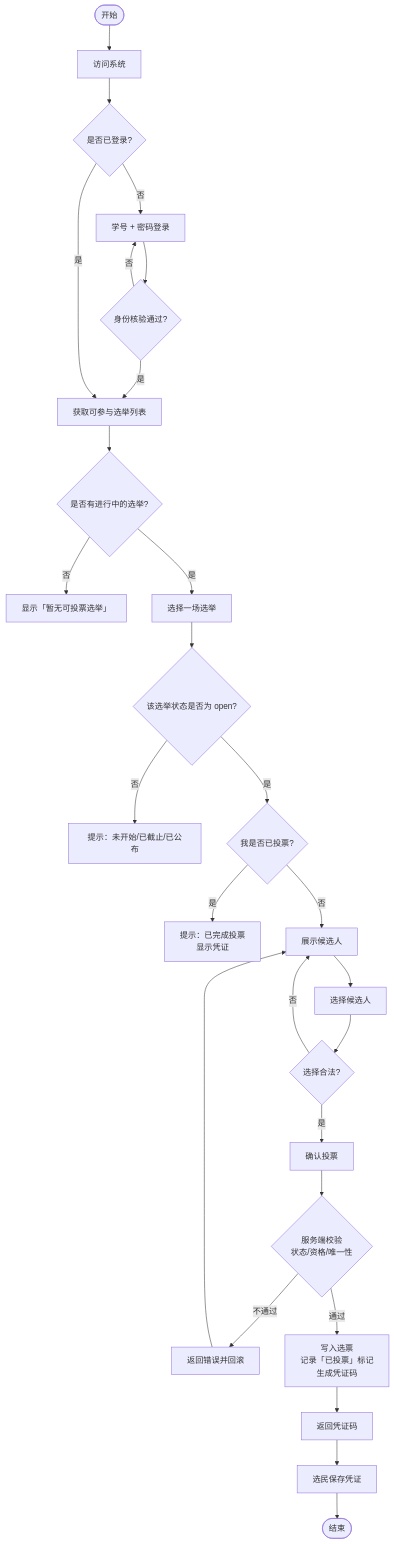
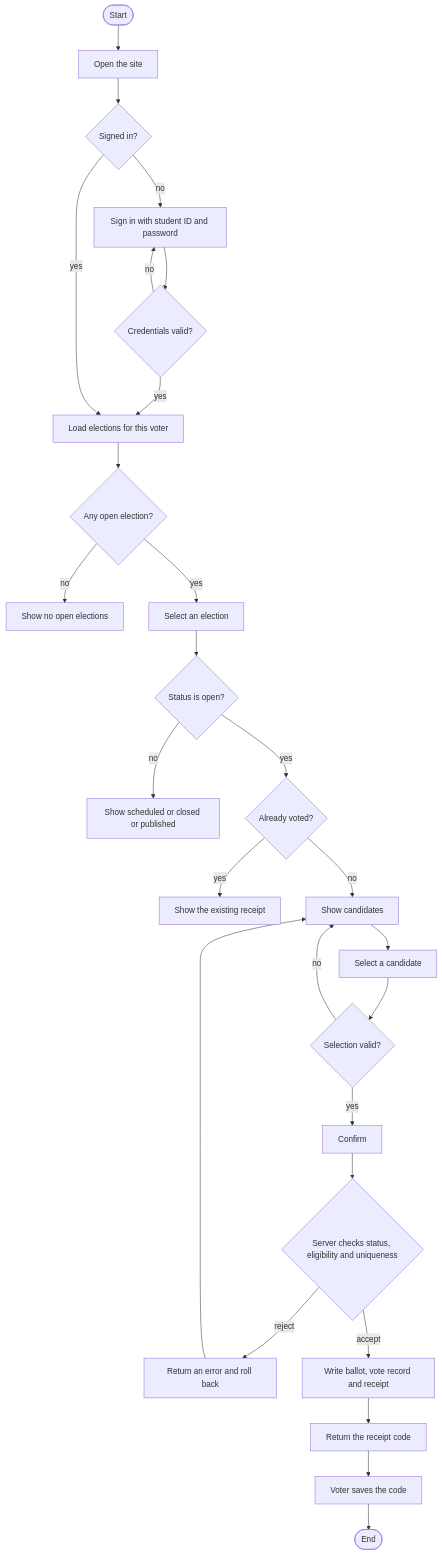
One commit to David-echo/COMP3500_group_project changed the second of 6 diagrams in docs/01-project-plan.md. Above: the diagram before and after it, drawn with Mermaid. The commit also changed other lines of this file and 82 other files, not shown here.

First line of the commit message:
docs: translate the repository to English and re-render all diagrams

````diff
--- a/docs/01-project-plan.md
+++ b/docs/01-project-plan.md
@@ -54,29 +54,29 @@
 ```mermaid
 flowchart TD
-    A([开始]) --> B[访问系统]
-    B --> C{是否已登录?}
-    C -->|否| D[学号 + 密码登录]
-    D --> E{身份核验通过?}
-    E -->|否| D
-    E -->|是| F[获取可参与选举列表]
-    C -->|是| F
-    F --> G{是否有进行中的选举?}
-    G -->|否| H[显示「暂无可投票选举」]
-    G -->|是| I[选择一场选举]
-    I --> J{该选举状态是否为 open?}
-    J -->|否| K[提示：未开始/已截止/已公布]
-    J -->|是| L{我是否已投票?}
-    L -->|是| M[提示：已完成投票<br/>显示凭证]
-    L -->|否| N[展示候选人]
-    N --> O[选择候选人]
-    O --> P{选择合法?}
-    P -->|否| N
-    P -->|是| Q[确认投票]
-    Q --> R{服务端校验<br/>状态/资格/唯一性}
-    R -->|不通过| S[返回错误并回滚]
+    A([Start]) --> B[Open the site]
+    B --> C{Signed in?}
+    C -->|no| D[Sign in with student ID and password]
+    D --> E{Credentials valid?}
+    E -->|no| D
+    E -->|yes| F[Load elections for this voter]
+    C -->|yes| F
+    F --> G{Any open election?}
+    G -->|no| H[Show no open elections]
+    G -->|yes| I[Select an election]
+    I --> J{Status is open?}
+    J -->|no| K[Show scheduled or closed or published]
+    J -->|yes| L{Already voted?}
+    L -->|yes| M[Show the existing receipt]
+    L -->|no| N[Show candidates]
+    N --> O[Select a candidate]
+    O --> P{Selection valid?}
+    P -->|no| N
+    P -->|yes| Q[Confirm]
+    Q --> R{Server checks status, eligibility and uniqueness}
+    R -->|reject| S[Return an error and roll back]
     S --> N
-    R -->|通过| T[写入选票<br/>记录「已投票」标记<br/>生成凭证码]
-    T --> U[返回凭证码]
-    U --> V[选民保存凭证]
-    V --> W([结束])
+    R -->|accept| T[Write ballot, vote record and receipt]
+    T --> U[Return the receipt code]
+    U --> V[Voter saves the code]
+    V --> W([End])
 ```
````
